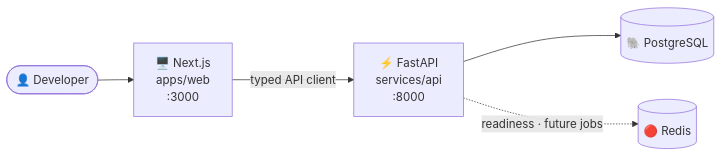
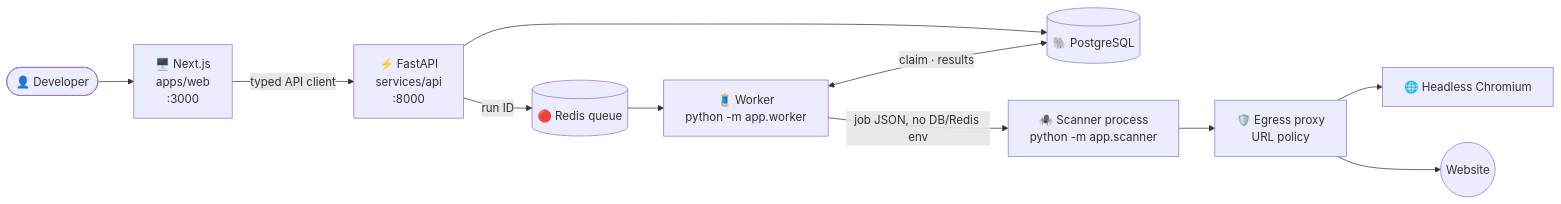
One commit to ImalkaDevHub/Fixify changed the first of 2 diagrams in README.md. Above: the diagram before and after it, drawn with Mermaid. The commit also changed other lines of this file and 64 other files, not shown here.

````diff
--- a/README.md
+++ b/README.md
@@ -51,7 +53,12 @@
 ```mermaid
 flowchart LR
     U([👤 Developer]) --> W["🖥️ Next.js<br/>apps/web<br/>:3000"]
     W -->|typed API client| A["⚡ FastAPI<br/>services/api<br/>:8000"]
     A --> P[("🐘 PostgreSQL")]
-    A -.->|readiness · future jobs| R[("🔴 Redis")]
+    A -->|run ID| R[("🔴 Redis queue")]
+    R --> K["🧵 Worker<br/>python -m app.worker"]
+    K <-->|claim · results| P
+    K -->|job JSON, no DB/Redis env| S["🕷️ Scanner process<br/>python -m app.scanner"]
+    S --> X["🛡️ Egress proxy<br/>URL policy"] --> C["🌐 Headless Chromium"]
+    X --> Web(("Website"))
 ```
````
